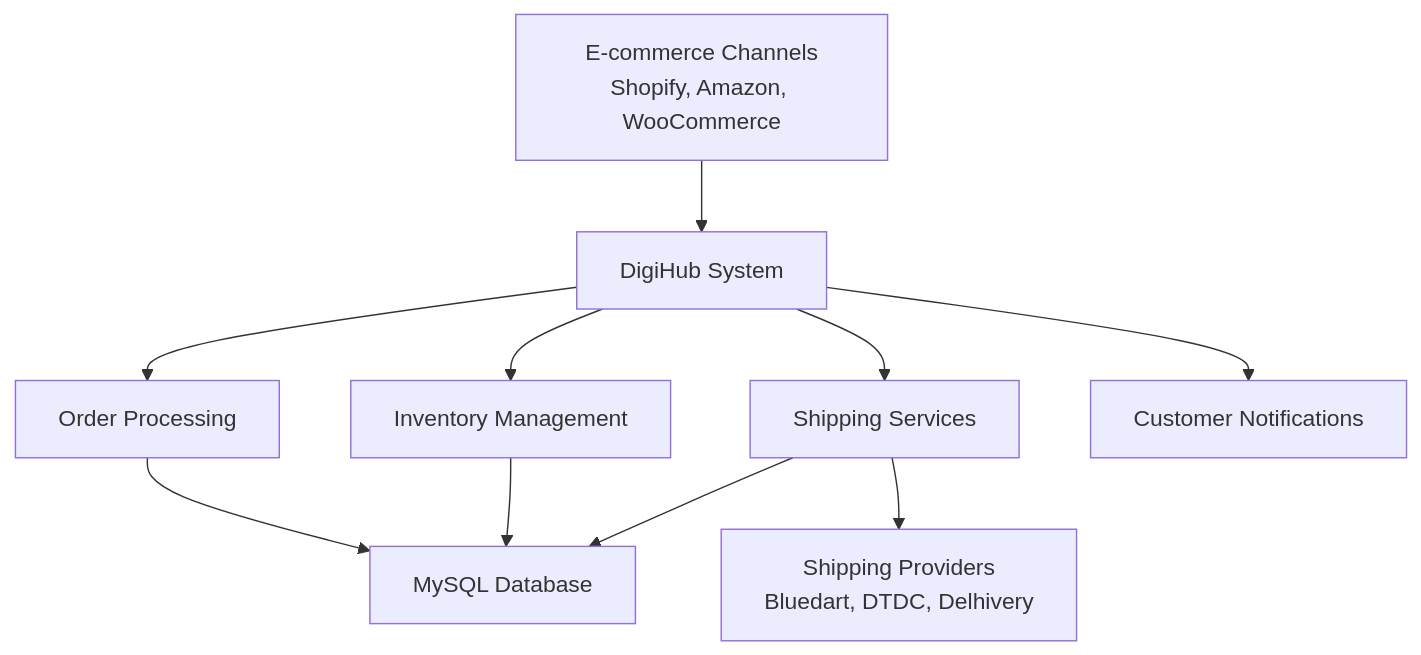
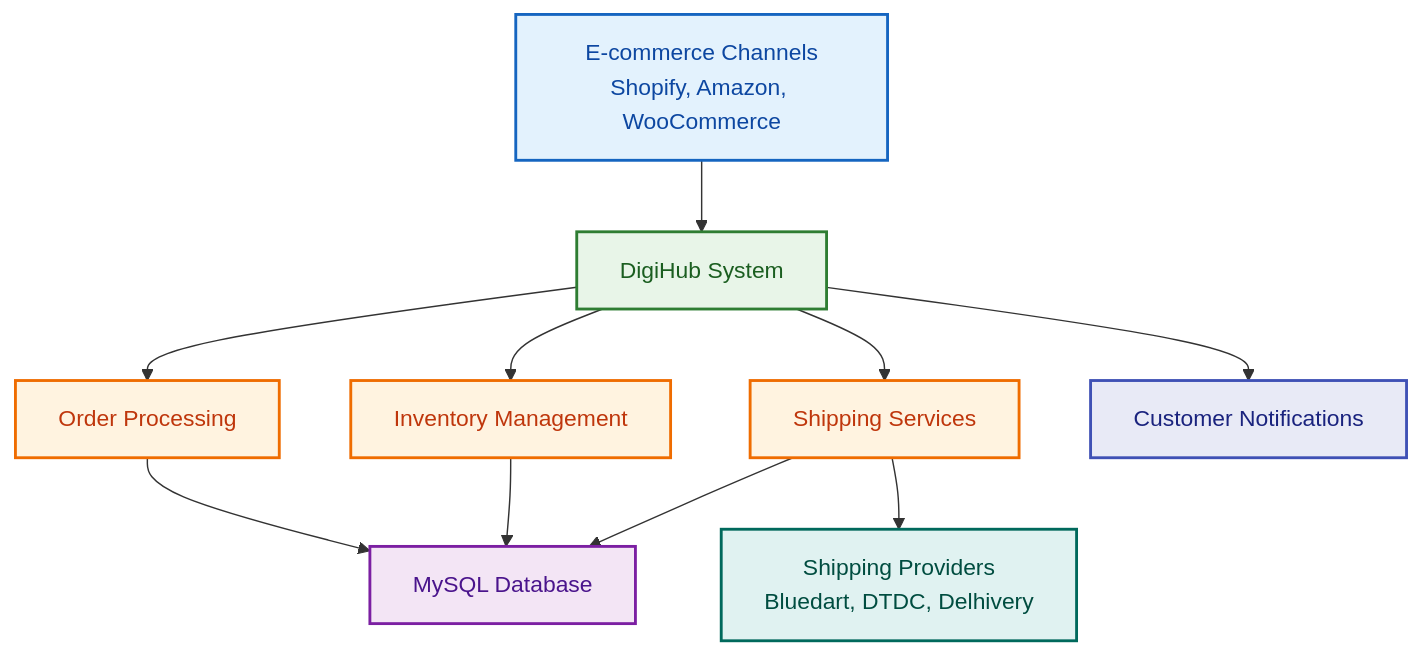
One commit to sandeepkumar0801/Digihub changed the second of 44 diagrams in README.md. Above: the diagram before and after it, drawn with Mermaid. The commit also changed other lines of this file and 1 other file, not shown here.

````diff
--- a/README.md
+++ b/README.md
@@ -447,14 +527,28 @@
 ```mermaid
 graph TD
     A[E-commerce Channels<br/>Shopify, Amazon, WooCommerce] --> B[DigiHub System]
     B --> C[Order Processing]
     B --> D[Inventory Management]
     B --> E[Shipping Services]
 
     C --> F[MySQL Database]
     D --> F
     E --> F
 
     E --> G[Shipping Providers<br/>Bluedart, DTDC, Delhivery]
     B --> H[Customer Notifications]
+
+    classDef platform fill:#e3f2fd,stroke:#1565c0,stroke-width:2px,color:#0d47a1
+    classDef core fill:#e8f5e8,stroke:#2e7d32,stroke-width:2px,color:#1b5e20
+    classDef process fill:#fff3e0,stroke:#ef6c00,stroke-width:2px,color:#bf360c
+    classDef database fill:#f3e5f5,stroke:#7b1fa2,stroke-width:2px,color:#4a148c
+    classDef shipping fill:#e0f2f1,stroke:#00695c,stroke-width:2px,color:#004d40
+    classDef notification fill:#e8eaf6,stroke:#3f51b5,stroke-width:2px,color:#1a237e
+
+    class A platform
+    class B core
+    class C,D,E process
+    class F database
+    class G shipping
+    class H notification
 ```
````
